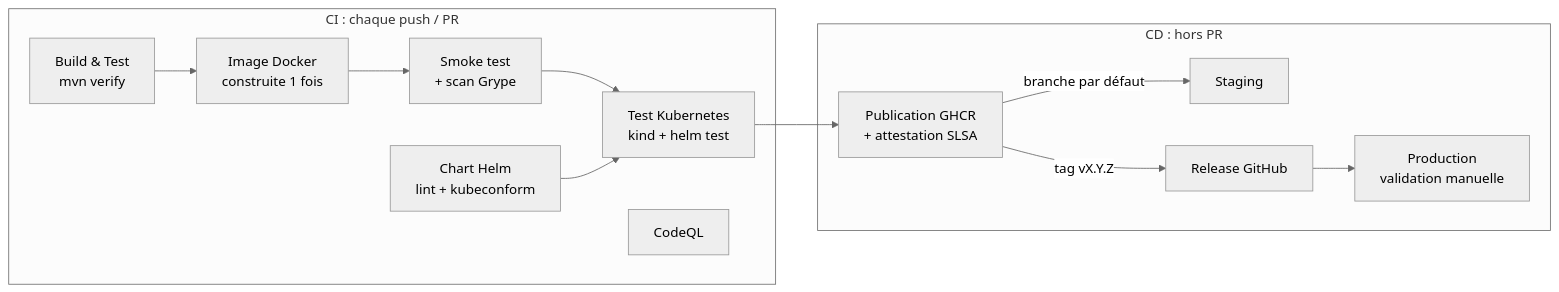
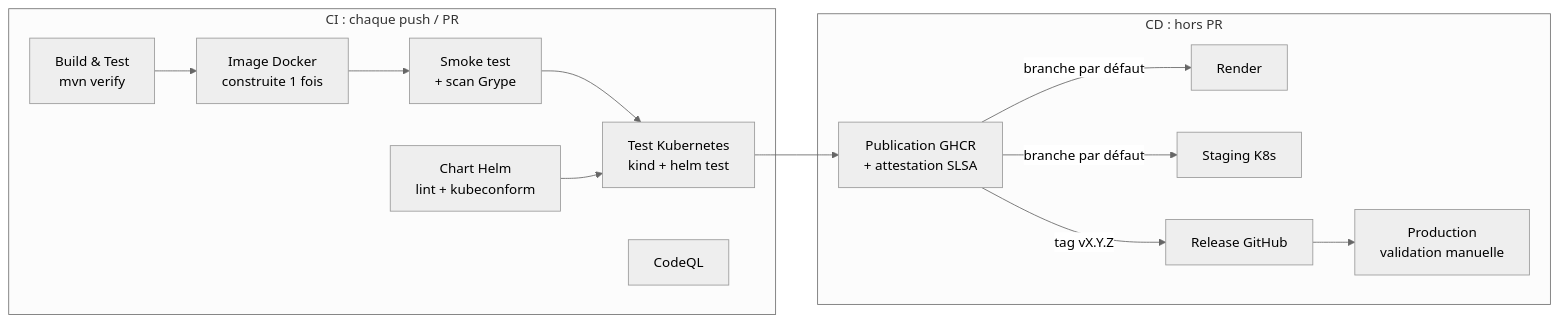
One commit to thepja/first-app changed the diagram in README.md. Above: the diagram before and after it, drawn with Mermaid (neutral theme). The commit also changed other lines of this file and 5 other files, not shown here.

````diff
--- a/README.md
+++ b/README.md
@@ -44,16 +45,17 @@
 ```mermaid
 flowchart LR
     subgraph CI["CI : chaque push / PR"]
         B[Build & Test<br/>mvn verify] --> I[Image Docker<br/>construite 1 fois]
         C[Chart Helm<br/>lint + kubeconform]
         I --> S[Smoke test<br/>+ scan Grype]
         S --> K[Test Kubernetes<br/>kind + helm test]
         C --> K
         Q[CodeQL]
     end
     subgraph CD["CD : hors PR"]
         K --> P[Publication GHCR<br/>+ attestation SLSA]
-        P -->|branche par défaut| ST[Staging]
+        P -->|branche par défaut| RD[Render]
+        P -->|branche par défaut| ST[Staging K8s]
         P -->|tag vX.Y.Z| R[Release GitHub] --> PR[Production<br/>validation manuelle]
     end
 ```
````
